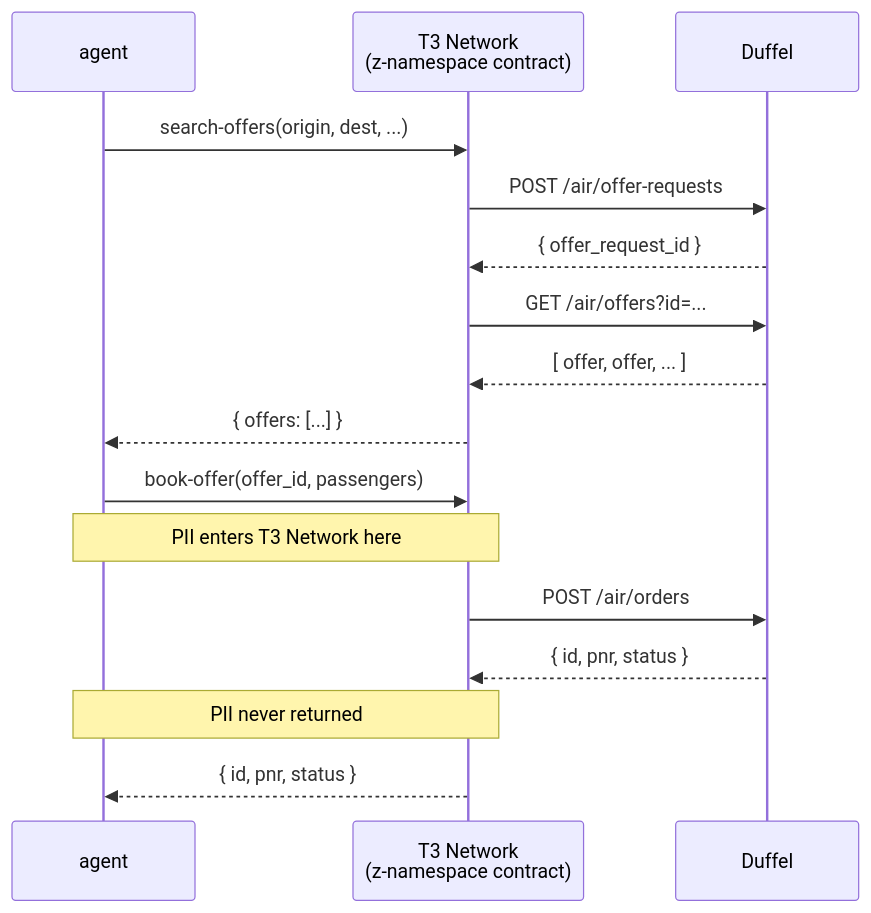
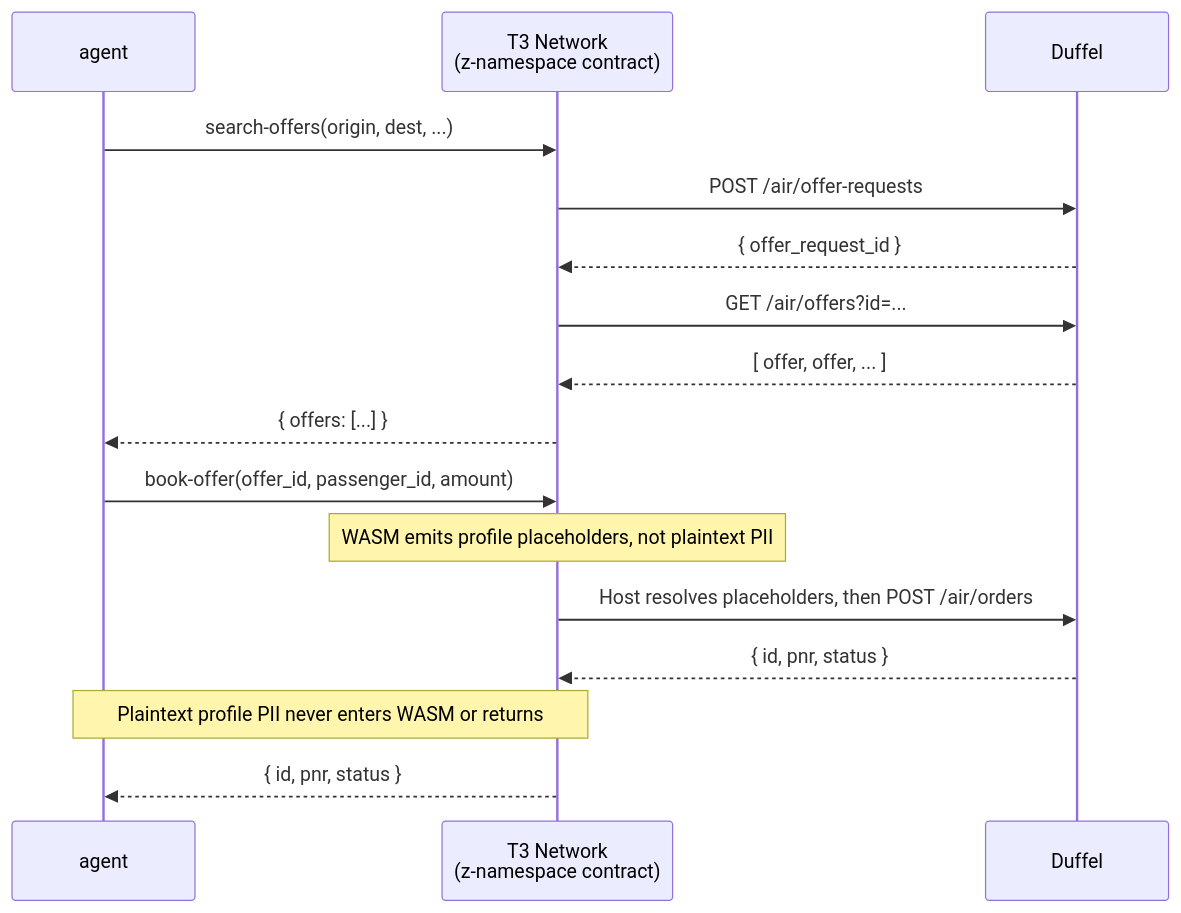
Before and after one commit to Terminal-3/z-tenant-flight: the diagram in README.md, drawn with Mermaid. The commit also changed other lines of this file and 5 other files, not shown here.

````diff
--- a/README.md
+++ b/README.md
@@ -113,20 +112,20 @@
 ```mermaid
 sequenceDiagram
     participant Agent as agent
     participant T3Network as T3 Network<br/>(z-namespace contract)
     participant Duffel
 
     Agent->>T3Network: search-offers(origin, dest, ...)
     T3Network->>Duffel: POST /air/offer-requests
     Duffel-->>T3Network: { offer_request_id }
     T3Network->>Duffel: GET /air/offers?id=...
     Duffel-->>T3Network: [ offer, offer, ... ]
     T3Network-->>Agent: { offers: [...] }
 
-    Agent->>T3Network: book-offer(offer_id, passengers)
-    Note over Agent,T3Network: PII enters T3 Network here
-    T3Network->>Duffel: POST /air/orders
+    Agent->>T3Network: book-offer(offer_id, passenger_id, amount)
+    Note over T3Network: WASM emits profile placeholders, not plaintext PII
+    T3Network->>Duffel: Host resolves placeholders, then POST /air/orders
     Duffel-->>T3Network: { id, pnr, status }
-    Note over Agent,T3Network: PII never returned
+    Note over Agent,T3Network: Plaintext profile PII never enters WASM or returns
     T3Network-->>Agent: { id, pnr, status }
 ```
````
